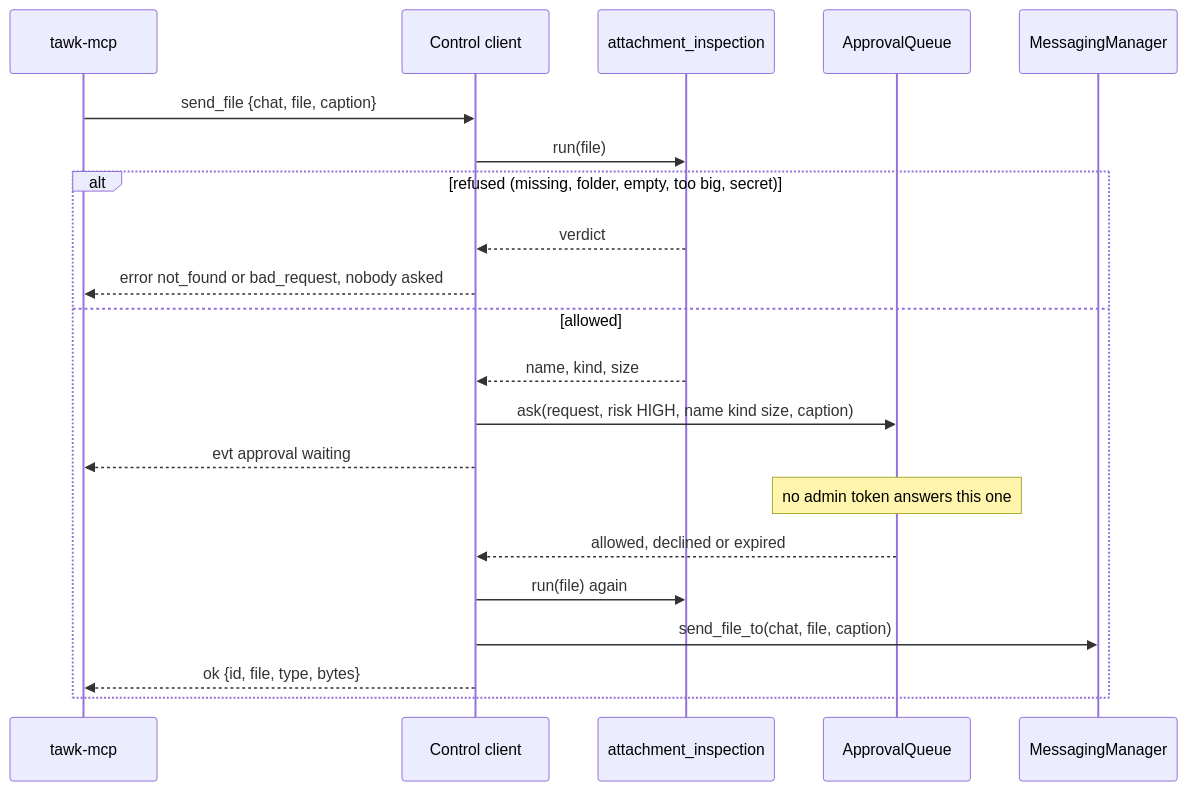
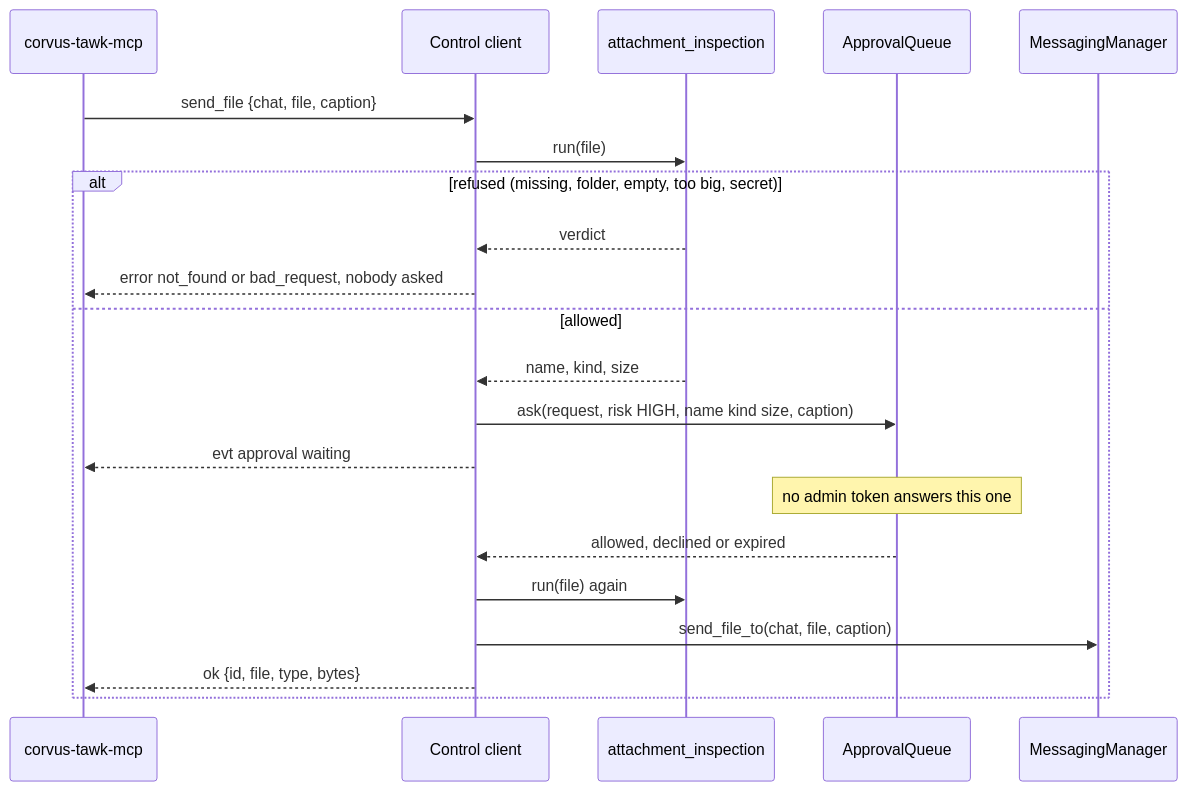
Diagram 27 of 27 in HOW_IT_WORKS.md (loganventer/Corvus.App.Terminal.Tawk), drawn with Mermaid before and after one commit. The commit also changed other lines of this file and 16 other files, not shown here.

First line of the commit message:
Update every document to corvus-tawk and the corvus/tawk folders

````diff
--- a/HOW_IT_WORKS.md
+++ b/HOW_IT_WORKS.md
@@ -972,23 +972,23 @@
 ```mermaid
 sequenceDiagram
-    participant A as tawk-mcp
+    participant A as corvus-tawk-mcp
     participant C as Control client
     participant I as attachment_inspection
     participant Q as ApprovalQueue
     participant M as MessagingManager
     A->>C: send_file {chat, file, caption}
     C->>I: run(file)
     alt refused (missing, folder, empty, too big, secret)
         I-->>C: verdict
         C-->>A: error not_found or bad_request, nobody asked
     else allowed
         I-->>C: name, kind, size
         C->>Q: ask(request, risk HIGH, name kind size, caption)
         C-->>A: evt approval waiting
         Note over Q: no admin token answers this one
         Q-->>C: allowed, declined or expired
         C->>I: run(file) again
         C->>M: send_file_to(chat, file, caption)
         C-->>A: ok {id, file, type, bytes}
     end
 ```
````
